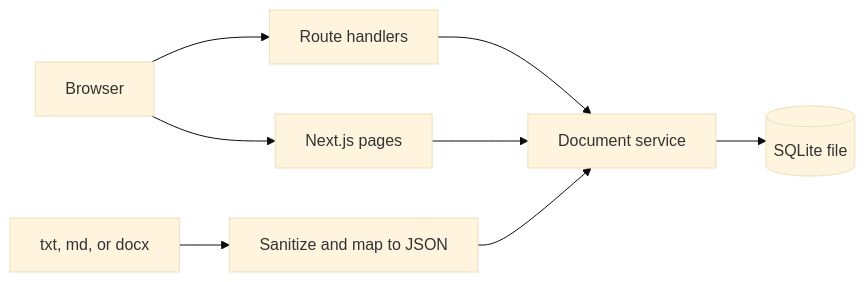
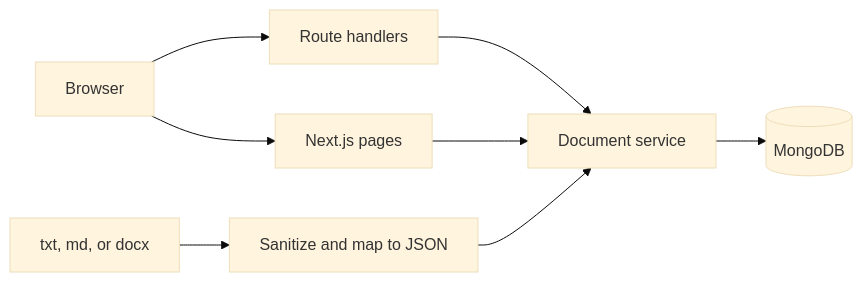
One commit to vishnupv1/folio-assessment changed the diagram in ARCHITECTURE.md. Above: the diagram before and after it, drawn with Mermaid (base theme). The commit also changed other lines of this file and 28 other files, not shown here.

````diff
--- a/ARCHITECTURE.md
+++ b/ARCHITECTURE.md
@@ -5,10 +5,10 @@
 ```mermaid
 flowchart LR
   browser[Browser] --> pages[Next.js pages]
   browser --> routes[Route handlers]
   routes --> service[Document service]
   pages --> service
-  service --> sqlite[(SQLite file)]
+  service --> mongo[(MongoDB)]
   upload[txt, md, or docx] --> sanitize[Sanitize and map to JSON]
   sanitize --> service
 ```
````
